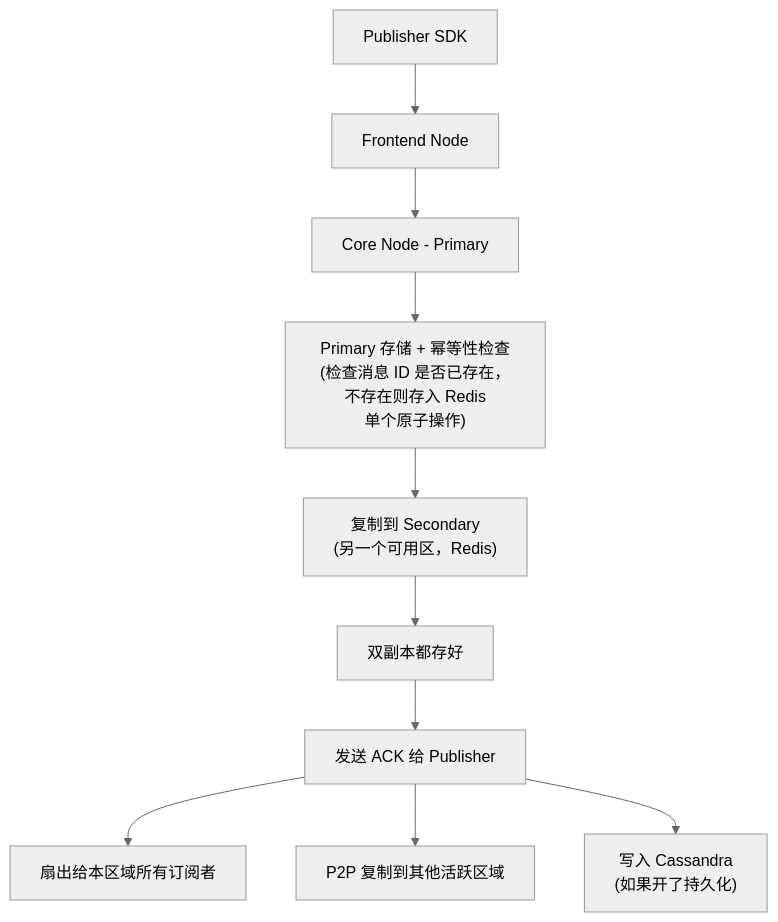
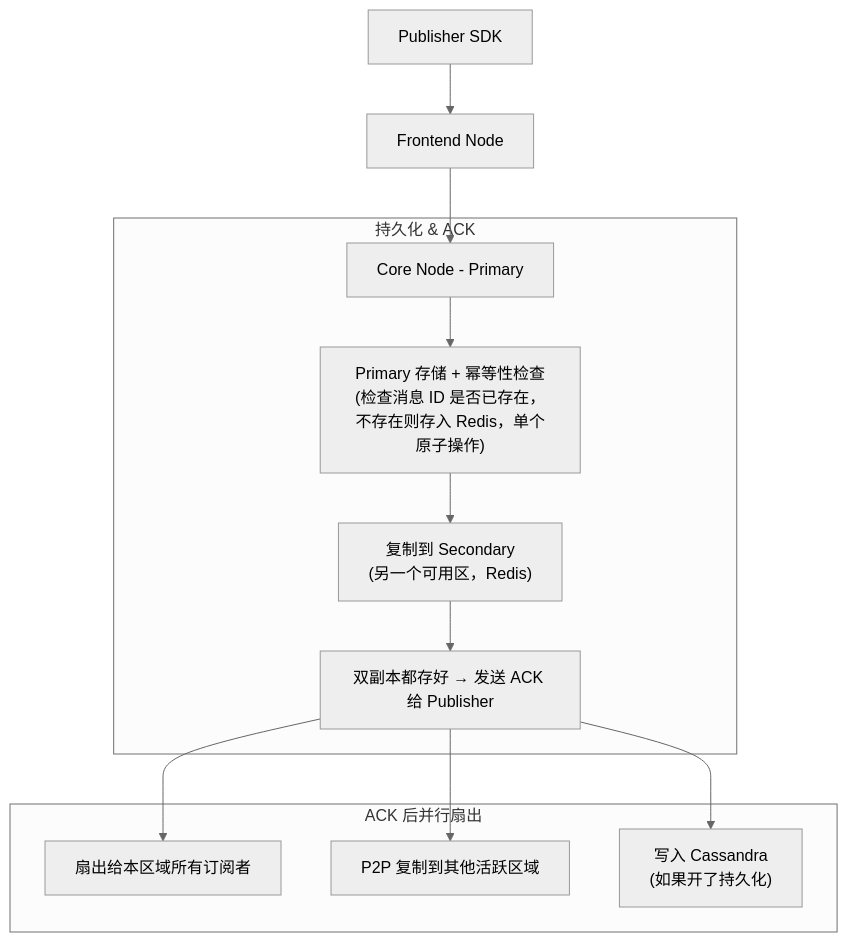
One commit to acmerfight/engineer-best-practice changed the diagram in realtime-push-infrastructure.md. Above: the diagram before and after it, drawn with Mermaid (neutral theme).

Commit message:
refactor: improve Mermaid diagram with subgraph grouping for readability

````diff
--- a/realtime-push-infrastructure.md
+++ b/realtime-push-infrastructure.md
@@ -80,12 +80,17 @@
 ```mermaid
 flowchart TD
     A[Publisher SDK] --> B[Frontend Node]
     B --> C[Core Node - Primary]
-    C --> D["Primary 存储 + 幂等性检查<br/>(检查消息 ID 是否已存在，不存在则存入 Redis<br/>单个原子操作)"]
-    D --> E["复制到 Secondary<br/>(另一个可用区，Redis)"]
-    E --> F[双副本都存好]
-    F --> G[发送 ACK 给 Publisher]
-    G --> H[扇出给本区域所有订阅者]
-    G --> I[P2P 复制到其他活跃区域]
-    G --> J["写入 Cassandra<br/>(如果开了持久化)"]
+
+    subgraph 持久化 & ACK
+        C --> D["Primary 存储 + 幂等性检查<br/>(检查消息 ID 是否已存在，不存在则存入 Redis，单个原子操作)"]
+        D --> E["复制到 Secondary<br/>(另一个可用区，Redis)"]
+        E --> F["双副本都存好 → 发送 ACK 给 Publisher"]
+    end
+
+    subgraph ACK 后并行扇出
+        F --> H[扇出给本区域所有订阅者]
+        F --> I[P2P 复制到其他活跃区域]
+        F --> J["写入 Cassandra<br/>(如果开了持久化)"]
+    end
 ```
````
